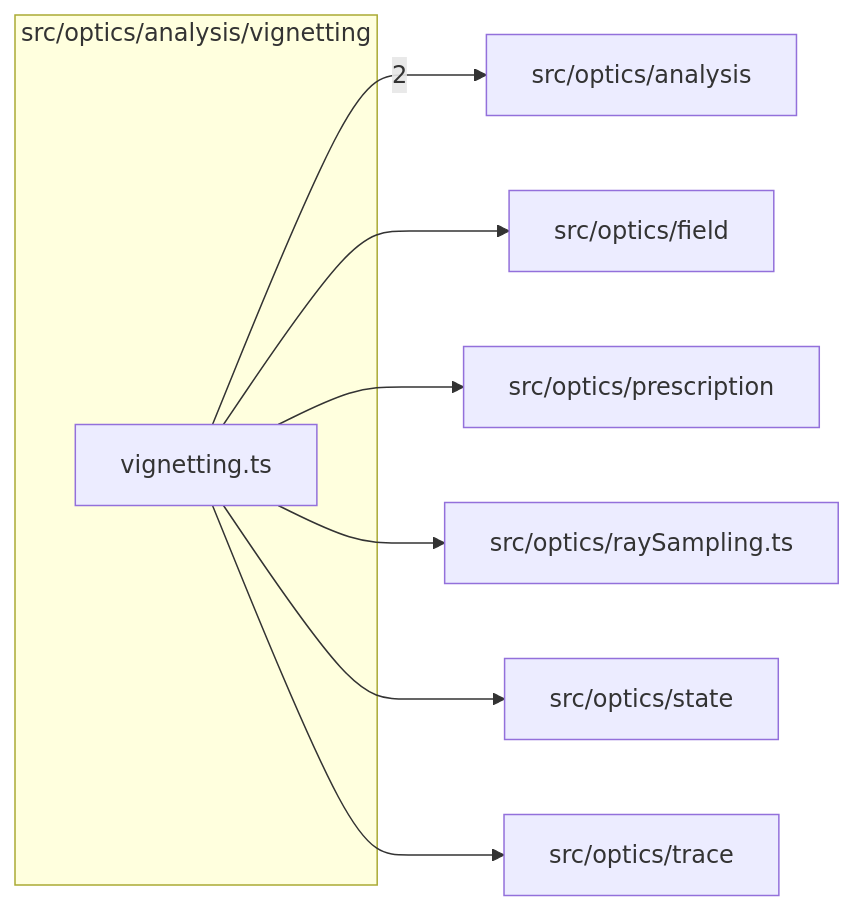
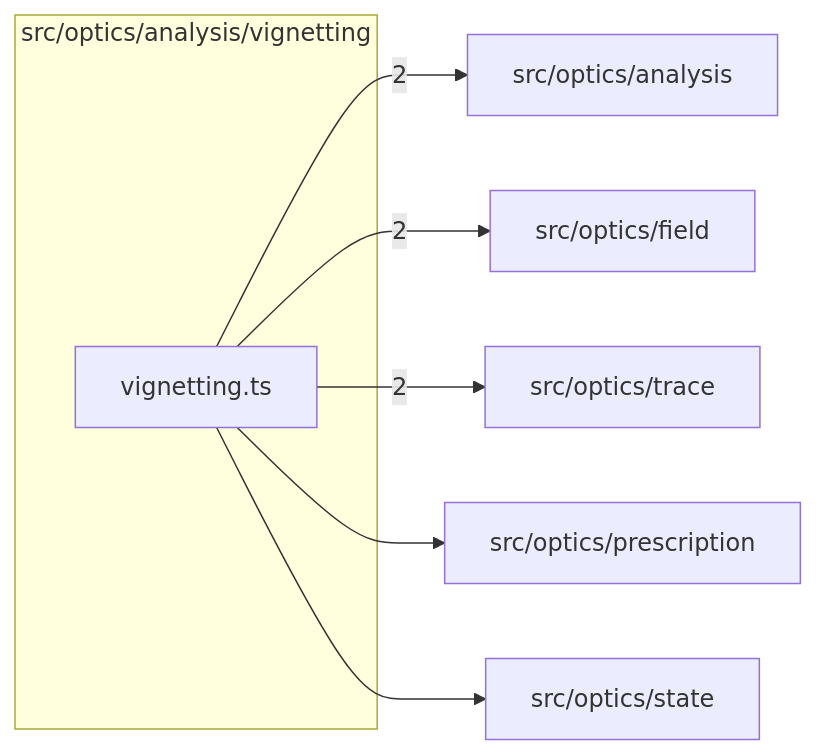
One commit to ronbuening/LensVisualizer changed the diagram in src/optics/analysis/vignetting/readme.md. Above: the diagram before and after it, drawn with Mermaid. The commit also changed other lines of this file and 439 other files, not shown here.

````diff
--- a/src/optics/analysis/vignetting/readme.md
+++ b/src/optics/analysis/vignetting/readme.md
@@ -9,18 +9,16 @@
 ```mermaid
 flowchart LR
   subgraph n_src_optics_analysis_vignetting["src/optics/analysis/vignetting"]
     n_src_optics_analysis_vignetting_src_optics_analysis_vignetting_vignetting_ts["vignetting.ts"]
   end
   n_external_src_optics_analysis["src/optics/analysis"]
   n_external_src_optics_field["src/optics/field"]
+  n_external_src_optics_trace["src/optics/trace"]
   n_external_src_optics_prescription["src/optics/prescription"]
-  n_external_src_optics_raySampling_ts["src/optics/raySampling.ts"]
   n_external_src_optics_state["src/optics/state"]
-  n_external_src_optics_trace["src/optics/trace"]
   n_src_optics_analysis_vignetting_src_optics_analysis_vignetting_vignetting_ts --> |2| n_external_src_optics_analysis
-  n_src_optics_analysis_vignetting_src_optics_analysis_vignetting_vignetting_ts --> n_external_src_optics_field
+  n_src_optics_analysis_vignetting_src_optics_analysis_vignetting_vignetting_ts --> |2| n_external_src_optics_field
+  n_src_optics_analysis_vignetting_src_optics_analysis_vignetting_vignetting_ts --> |2| n_external_src_optics_trace
   n_src_optics_analysis_vignetting_src_optics_analysis_vignetting_vignetting_ts --> n_external_src_optics_prescription
-  n_src_optics_analysis_vignetting_src_optics_analysis_vignetting_vignetting_ts --> n_external_src_optics_raySampling_ts
   n_src_optics_analysis_vignetting_src_optics_analysis_vignetting_vignetting_ts --> n_external_src_optics_state
-  n_src_optics_analysis_vignetting_src_optics_analysis_vignetting_vignetting_ts --> n_external_src_optics_trace
 ```
````
